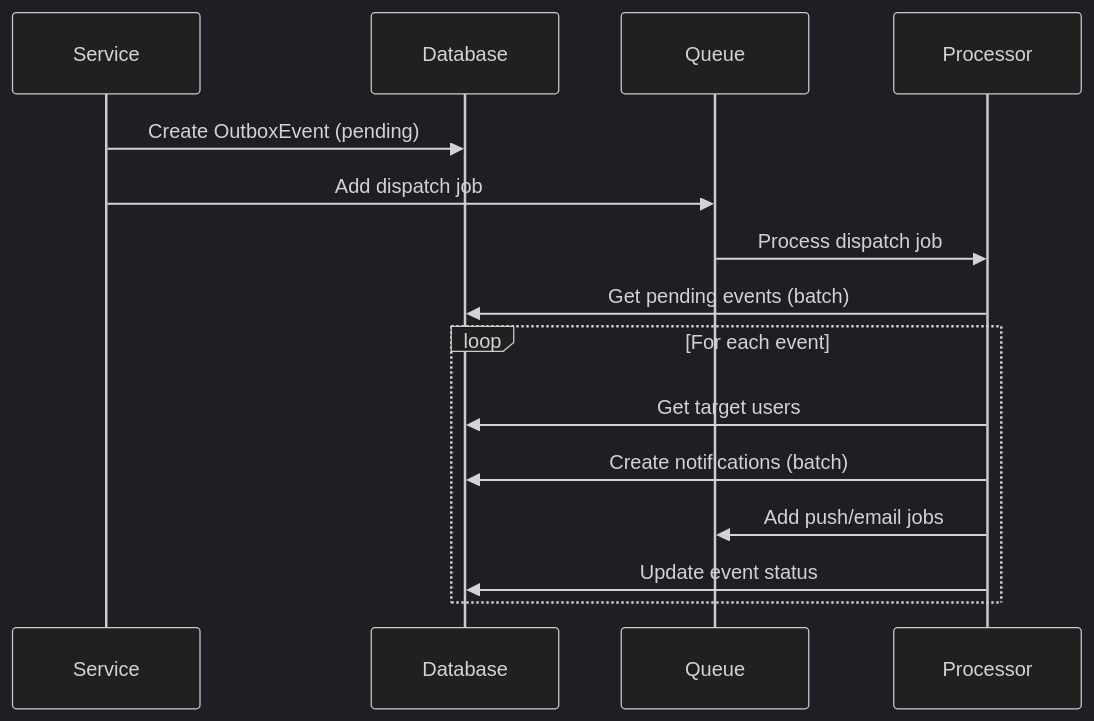
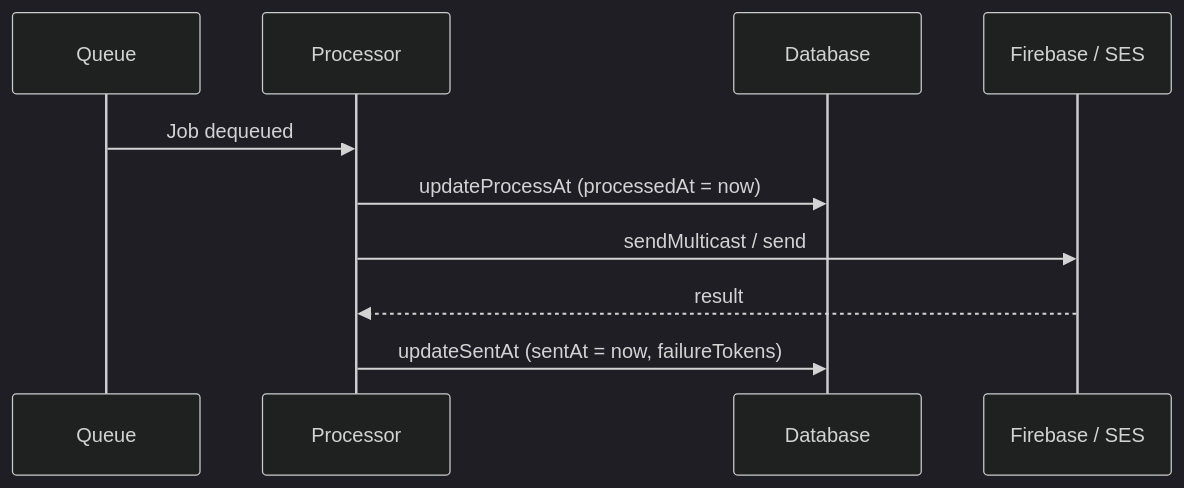
The second of 2 diagrams in docs/notification.md (andrechristikan/ack-nestjs-boilerplate), drawn with Mermaid (dark theme) before and after one commit. The commit also changed other lines of this file and 39 other files, not shown here.

````diff
--- a/docs/notification.md
+++ b/docs/notification.md
@@ -319,20 +238,13 @@
 ```mermaid
 sequenceDiagram
-    participant Service
-    participant Database
-    participant Queue
-    participant Processor
+    participant Q as Queue
+    participant P as Processor
+    participant DB as Database
+    participant Ext as Firebase / SES
 
-    Service->>Database: Create OutboxEvent (pending)
-    Service->>Queue: Add dispatch job
-    
-    Queue->>Processor: Process dispatch job
-    Processor->>Database: Get pending events (batch)
-    
-    loop For each event
-        Processor->>Database: Get target users
-        Processor->>Database: Create notifications (batch)
-        Processor->>Queue: Add push/email jobs
-        Processor->>Database: Update event status
-    end
+    Q->>P: Job dequeued
+    P->>DB: updateProcessAt (processedAt = now)
+    P->>Ext: sendMulticast / send
+    Ext-->>P: result
+    P->>DB: updateSentAt (sentAt = now, failureTokens)
 ```
````
